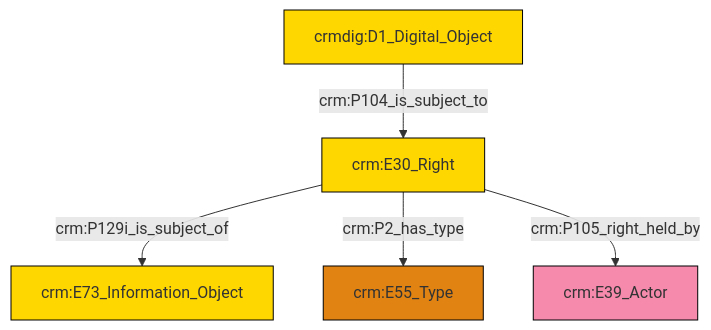
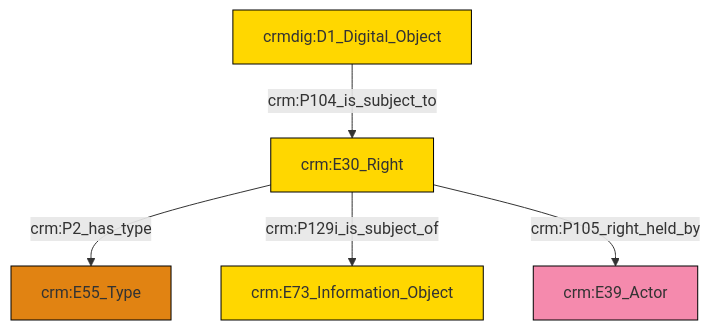
The diagram in et/doCSV/ttl/mmd/do_rights.ttl.mmd (swiss-art-research-net/docs.swissartresearch), drawn with Mermaid before and after one commit. The commit also changed 178 other files, not shown here.

```diff
--- a/et/doCSV/ttl/mmd/do_rights.ttl.mmd
+++ b/et/doCSV/ttl/mmd/do_rights.ttl.mmd
@@ -1,19 +1,19 @@
 graph TD
 classDef Literal fill:#f2f2f2,stroke:#000000;
 classDef CRM_Entity fill:#FFFFFF,stroke:#000000;
 classDef Temporal_Entity fill:#00C9E6, stroke:#000000;
 classDef Type fill:#E18312, stroke:#000000;
 classDef Time-Span fill:#2C9C91, stroke:#000000;
 classDef Appellation fill:#FFEB7F, stroke:#000000;
 classDef Place fill:#008836, stroke:#000000;
 classDef Persistent_Item fill:#B266B2, stroke:#000000;
 classDef Conceptual_Object fill:#FFD700, stroke:#000000;
 classDef Physical_Thing fill:#D2B48C, stroke:#000000;
 classDef Actor fill:#f58aad, stroke:#000000;
 classDef PC_Classes fill:#4ce600, stroke:#000000;
 classDef Multi fill:#cccccc,stroke:#000000;
 
-0["crm:E30_Right"]:::Conceptual_Object -->|crm:P129i_is_subject_of| 1["crm:E73_Information_Object"]:::Conceptual_Object
-0["crm:E30_Right"]:::Conceptual_Object -->|crm:P2_has_type| 7["crm:E55_Type"]:::Type
-5["crmdig:D1_Digital_Object"]:::Conceptual_Object -->|crm:P104_is_subject_to| 0["crm:E30_Right"]:::Conceptual_Object
-0["crm:E30_Right"]:::Conceptual_Object -->|crm:P105_right_held_by| 3["crm:E39_Actor"]:::Actor
+2["crm:E30_Right"]:::Conceptual_Object -->|crm:P2_has_type| 3["crm:E55_Type"]:::Type
+5["crmdig:D1_Digital_Object"]:::Conceptual_Object -->|crm:P104_is_subject_to| 2["crm:E30_Right"]:::Conceptual_Object
+2["crm:E30_Right"]:::Conceptual_Object -->|crm:P129i_is_subject_of| 7["crm:E73_Information_Object"]:::Conceptual_Object
+2["crm:E30_Right"]:::Conceptual_Object -->|crm:P105_right_held_by| 0["crm:E39_Actor"]:::Actor
```
